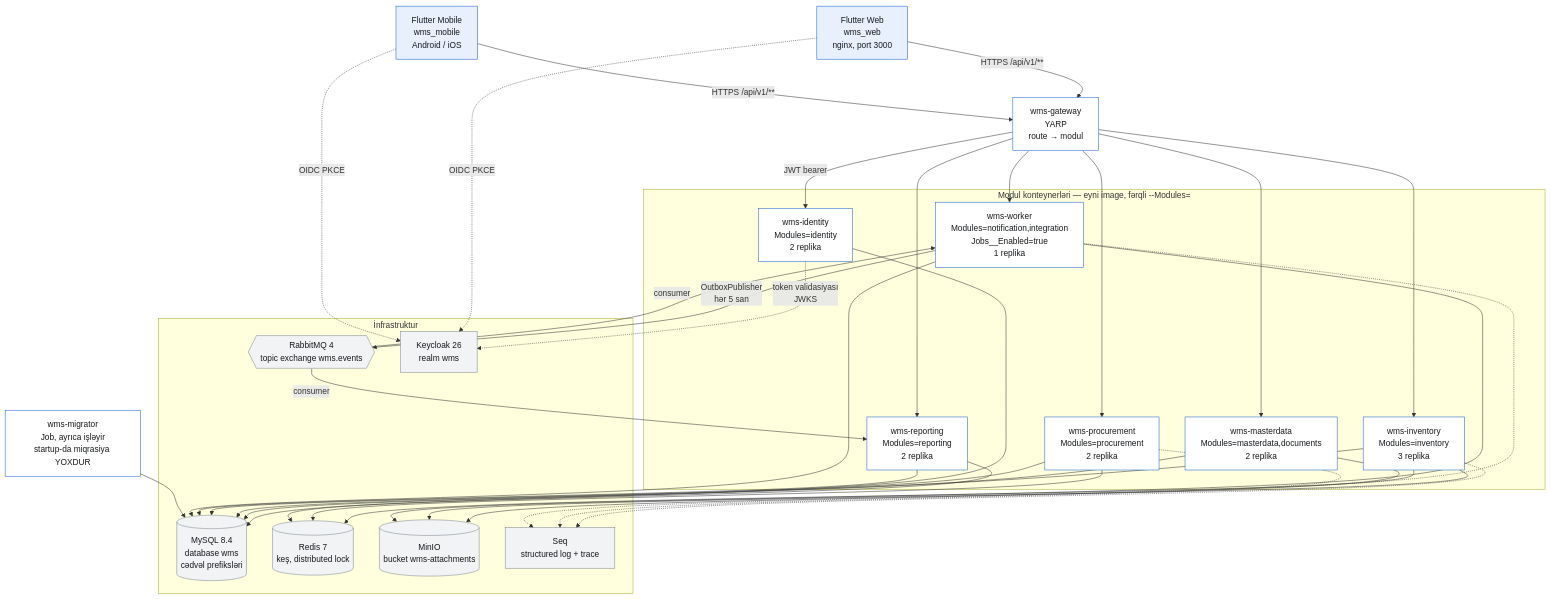
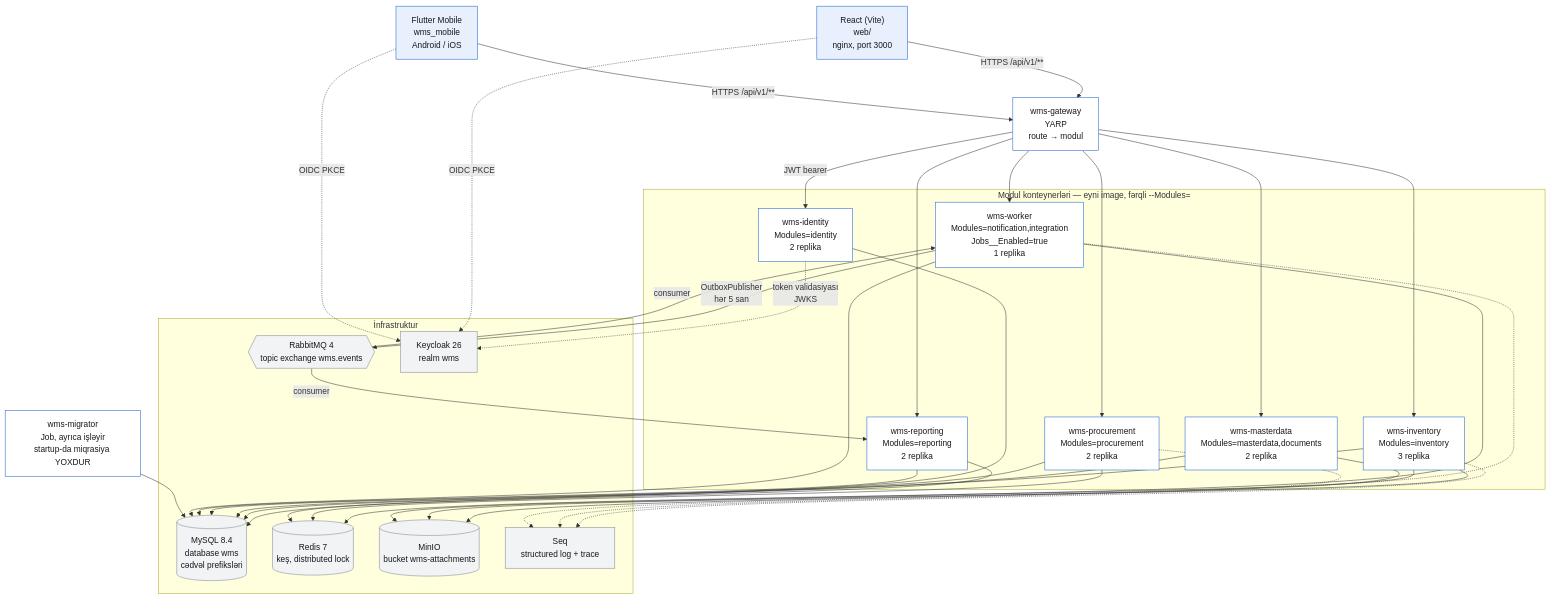
Before and after one commit to bahruz88/wms-platform: the second of 11 diagrams in docs/architecture/overview.md, drawn with Mermaid. The commit also changed 480 other files, not shown here.

````diff
--- a/docs/architecture/overview.md
+++ b/docs/architecture/overview.md
@@ -72,70 +72,70 @@
 ```mermaid
 flowchart TB
-    web["Flutter Web<br/>wms_web<br/>nginx, port 3000"]
+    web["React (Vite)<br/>web/<br/>nginx, port 3000"]
     mob["Flutter Mobile<br/>wms_mobile<br/>Android / iOS"]
 
     gw["wms-gateway<br/>YARP<br/>route → modul"]
 
     subgraph modules["Modul konteynerləri — eyni image, fərqli --Modules="]
         id["wms-identity<br/>Modules=identity<br/>2 replika"]
         md["wms-masterdata<br/>Modules=masterdata,documents<br/>2 replika"]
         inv["wms-inventory<br/>Modules=inventory<br/>3 replika"]
         proc["wms-procurement<br/>Modules=procurement<br/>2 replika"]
         rpt["wms-reporting<br/>Modules=reporting<br/>2 replika"]
         wrk["wms-worker<br/>Modules=notification,integration<br/>Jobs__Enabled=true<br/>1 replika"]
     end
 
     mig["wms-migrator<br/>Job, ayrıca işləyir<br/>startup-da miqrasiya YOXDUR"]
 
     subgraph infra["İnfrastruktur"]
         my[("MySQL 8.4<br/>database wms<br/>cədvəl prefiksləri")]
         rd[("Redis 7<br/>keş, distributed lock")]
         mq{{"RabbitMQ 4<br/>topic exchange wms.events"}}
         mn[("MinIO<br/>bucket wms-attachments")]
         kc["Keycloak 26<br/>realm wms"]
         seq["Seq<br/>structured log + trace"]
     end
 
     web -->|"HTTPS /api/v1/**"| gw
     mob -->|"HTTPS /api/v1/**"| gw
     web -.->|"OIDC PKCE"| kc
     mob -.->|"OIDC PKCE"| kc
     gw -->|"JWT bearer"| id
     gw --> md
     gw --> inv
     gw --> proc
     gw --> rpt
     gw --> wrk
 
     id --> my
     md --> my
     inv --> my
     proc --> my
     rpt --> my
     wrk --> my
     mig --> my
 
     inv --> rd
     proc --> rd
     rpt --> rd
 
     wrk -->|"OutboxPublisher<br/>hər 5 san"| mq
     mq -->|"consumer"| wrk
     mq -->|"consumer"| rpt
 
     md --> mn
     inv --> mn
     wrk --> mn
 
     id -.->|"token validasiyası<br/>JWKS"| kc
     inv -.-> seq
     proc -.-> seq
     wrk -.-> seq
 
     classDef client fill:#e8f0fe,stroke:#1a5fd0,color:#16191c
     classDef svc fill:#ffffff,stroke:#1a5fd0,color:#16191c
     classDef store fill:#f1f3f5,stroke:#7f878f,color:#16191c
     class web,mob client
     class gw,id,md,inv,proc,rpt,wrk,mig svc
     class my,rd,mq,mn,kc,seq store
 ```
````
